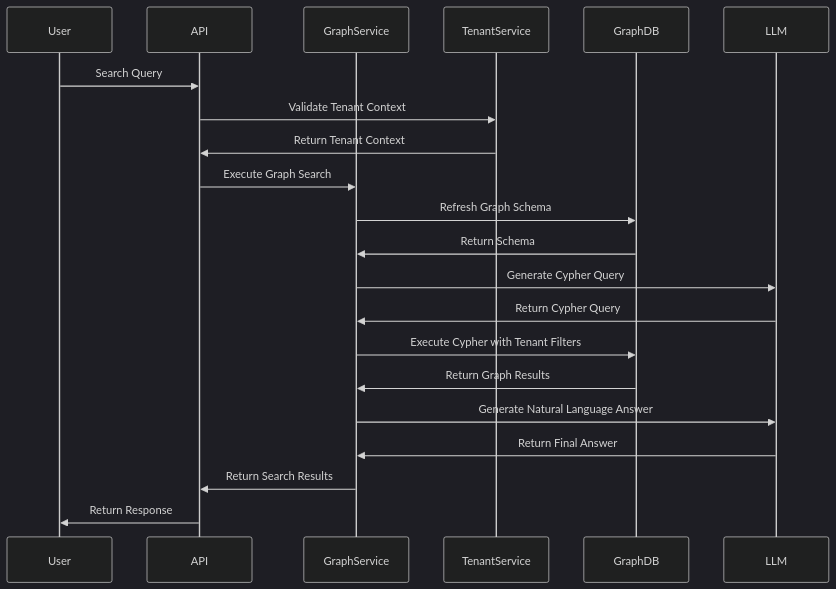
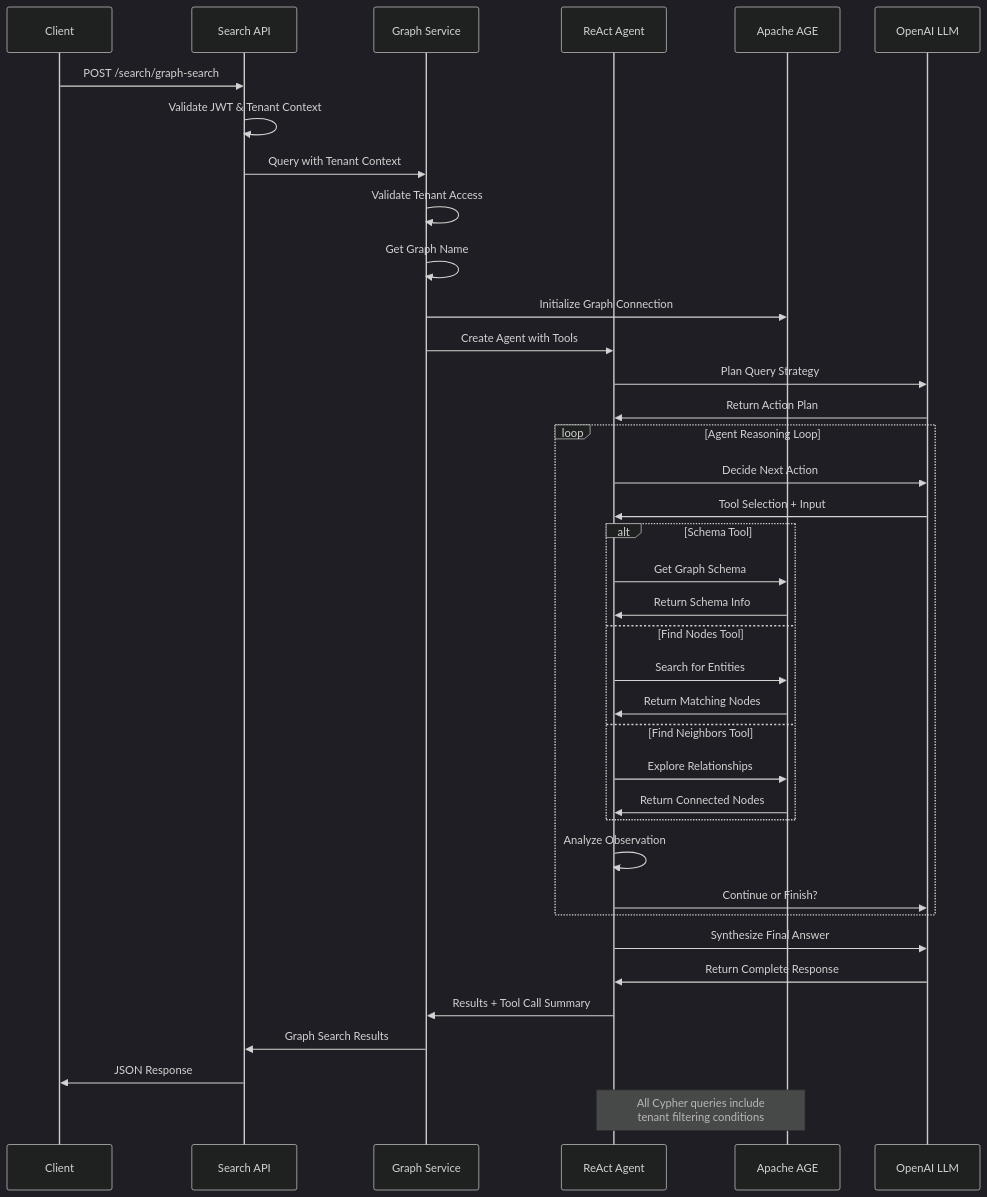
Before and after one commit to lkiitkgp/1: the tenth of 12 diagrams in README.md, drawn with Mermaid (dark theme). The commit also changed other lines of this file, not shown here.

````diff
--- a/README.md
+++ b/README.md
@@ -586,27 +733,48 @@
 ```mermaid
 sequenceDiagram
-    participant User
-    participant API
-    participant GraphService
-    participant TenantService
-    participant GraphDB
-    participant LLM
+    participant Client as Client
+    participant API as Search API
+    participant GS as Graph Service
+    participant Agent as ReAct Agent
+    participant AGE as Apache AGE
+    participant LLM as OpenAI LLM
     
-    User->>API: Search Query
-    API->>TenantService: Validate Tenant Context
-    TenantService->>API: Return Tenant Context
-    API->>GraphService: Execute Graph Search
+    Client->>API: POST /search/graph-search
+    API->>API: Validate JWT & Tenant Context
+    API->>GS: Query with Tenant Context
     
-    GraphService->>GraphDB: Refresh Graph Schema
-    GraphDB->>GraphService: Return Schema
-    GraphService->>LLM: Generate Cypher Query
-    LLM->>GraphService: Return Cypher Query
+    GS->>GS: Validate Tenant Access
+    GS->>GS: Get Graph Name
+    GS->>AGE: Initialize Graph Connection
+    GS->>Agent: Create Agent with Tools
     
-    GraphService->>GraphDB: Execute Cypher with Tenant Filters
-    GraphDB->>GraphService: Return Graph Results
-    GraphService->>LLM: Generate Natural Language Answer
-    LLM->>GraphService: Return Final Answer
+    Agent->>LLM: Plan Query Strategy
+    LLM->>Agent: Return Action Plan
     
-    GraphService->>API: Return Search Results
-    API->>User: Return Response
+    loop Agent Reasoning Loop
+        Agent->>LLM: Decide Next Action
+        LLM->>Agent: Tool Selection + Input
+        
+        alt Schema Tool
+            Agent->>AGE: Get Graph Schema
+            AGE->>Agent: Return Schema Info
+        else Find Nodes Tool
+            Agent->>AGE: Search for Entities
+            AGE->>Agent: Return Matching Nodes
+        else Find Neighbors Tool
+            Agent->>AGE: Explore Relationships
+            AGE->>Agent: Return Connected Nodes
+        end
+        
+        Agent->>Agent: Analyze Observation
+        Agent->>LLM: Continue or Finish?
+    end
+    
+    Agent->>LLM: Synthesize Final Answer
+    LLM->>Agent: Return Complete Response
+    Agent->>GS: Results + Tool Call Summary
+    GS->>API: Graph Search Results
+    API->>Client: JSON Response
+    
+    Note over Agent,AGE: All Cypher queries include<br/>tenant filtering conditions
 ```
````
